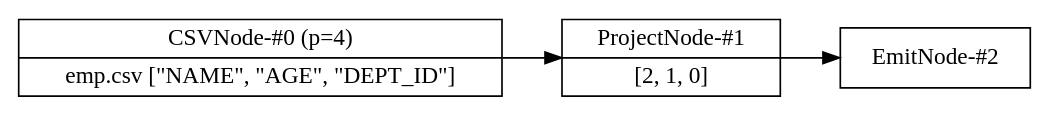
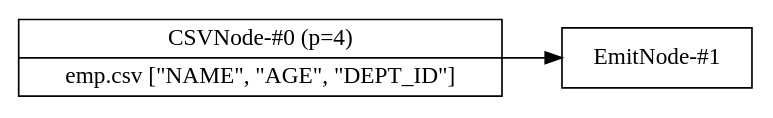
Before and after one commit to adarshpannu/kona: the diagram in flow.dot, drawn with Graphviz. The commit also changed 13 other files, not shown here.

Commit message:
Compiling flows...

```diff
--- a/flow.dot
+++ b/flow.dot
@@ -1,11 +1,9 @@
 digraph example1 {
     node [shape=record];
     rankdir=LR;
     splines=polyline;
     nodesep=0.5;
     Node0[label="CSVNode-#0 (p=4)|emp.csv [\"NAME\", \"AGE\", \"DEPT_ID\"]"];
-    Node1[label="ProjectNode-#1|[2, 1, 0]"];
+    Node1[label="EmitNode-#1"];
     Node0 -> Node1;
-    Node2[label="EmitNode-#2"];
-    Node1 -> Node2;
 }
```
